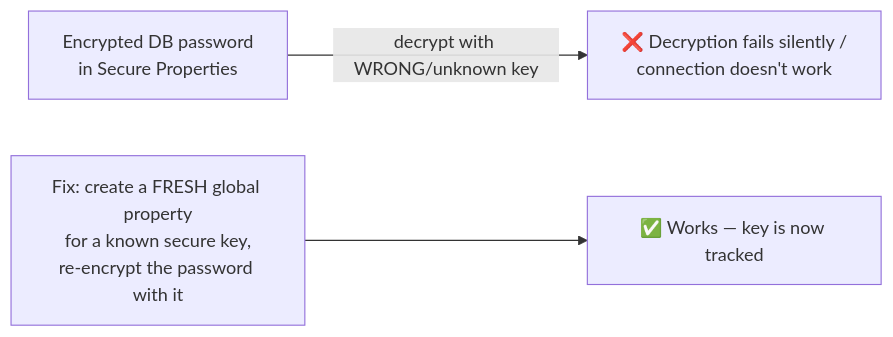
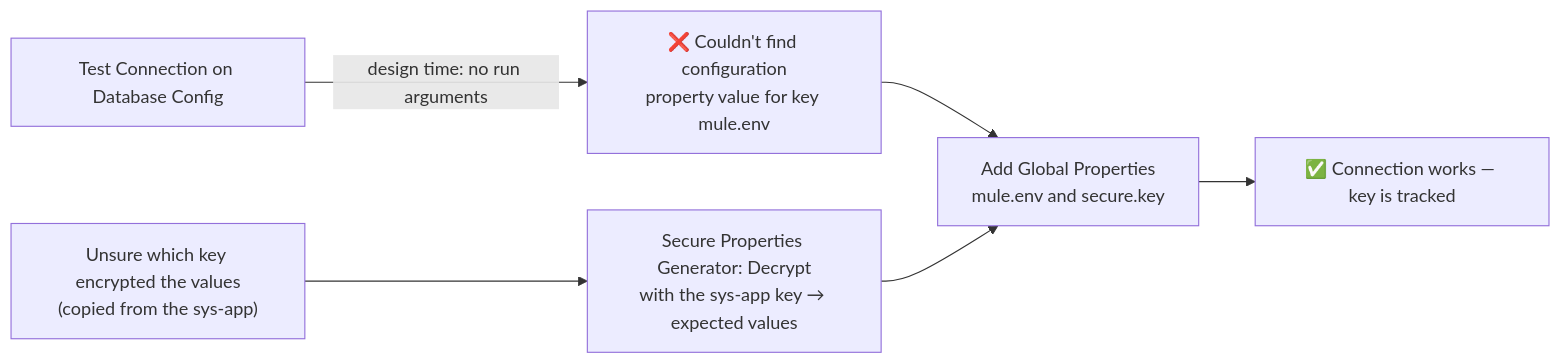
The eighth of 11 diagrams in detailed-notes/day29.md (developerashok99/green-c-mule-notes), drawn with Mermaid before and after one commit. The commit also changed other lines of this file and 1 other file, not shown here.

````diff
--- a/detailed-notes/day29.md
+++ b/detailed-notes/day29.md
@@ -110,5 +124,8 @@
 ```mermaid
 flowchart LR
-    Encrypted["Encrypted DB password\nin Secure Properties"] -->|"decrypt with WRONG/unknown key"| Fail["❌ Decryption fails silently /\nconnection doesn't work"]
-    Fix["Fix: create a FRESH global property\nfor a known secure key,\nre-encrypt the password with it"] --> Works["✅ Works — key is now tracked"]
+    Test["Test Connection on Database Config"] -->|"design time: no run arguments"| Fail["❌ Couldn't find configuration<br/>property value for key mule.env"]
+    Fail --> Fix["Add Global Properties<br/>mule.env and secure.key"]
+    Check["Unsure which key encrypted the values<br/>(copied from the sys-app)"] --> Gen["Secure Properties Generator: Decrypt<br/>with the sys-app key → expected values"]
+    Gen --> Fix
+    Fix --> Works["✅ Connection works — key is tracked"]
 ```
````
